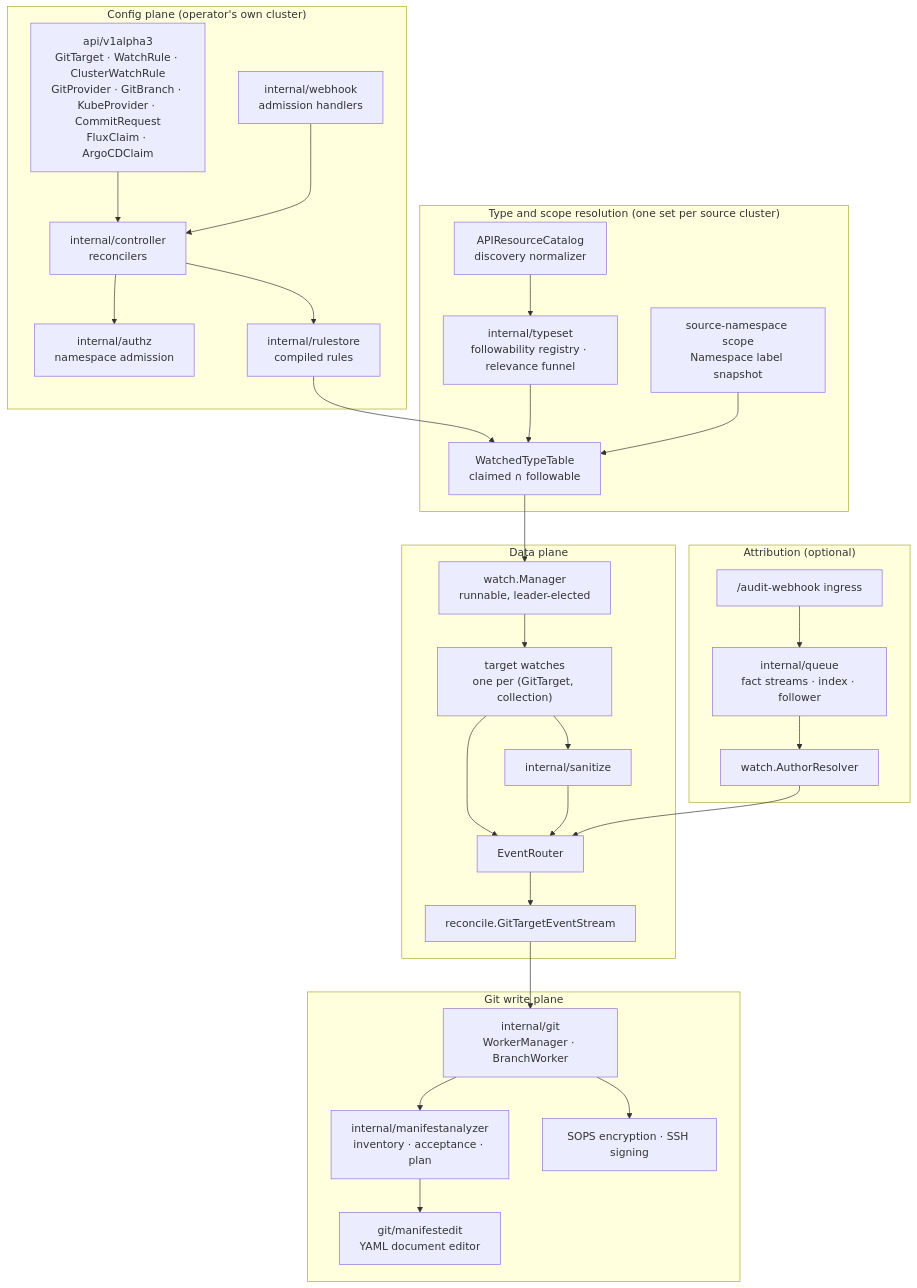
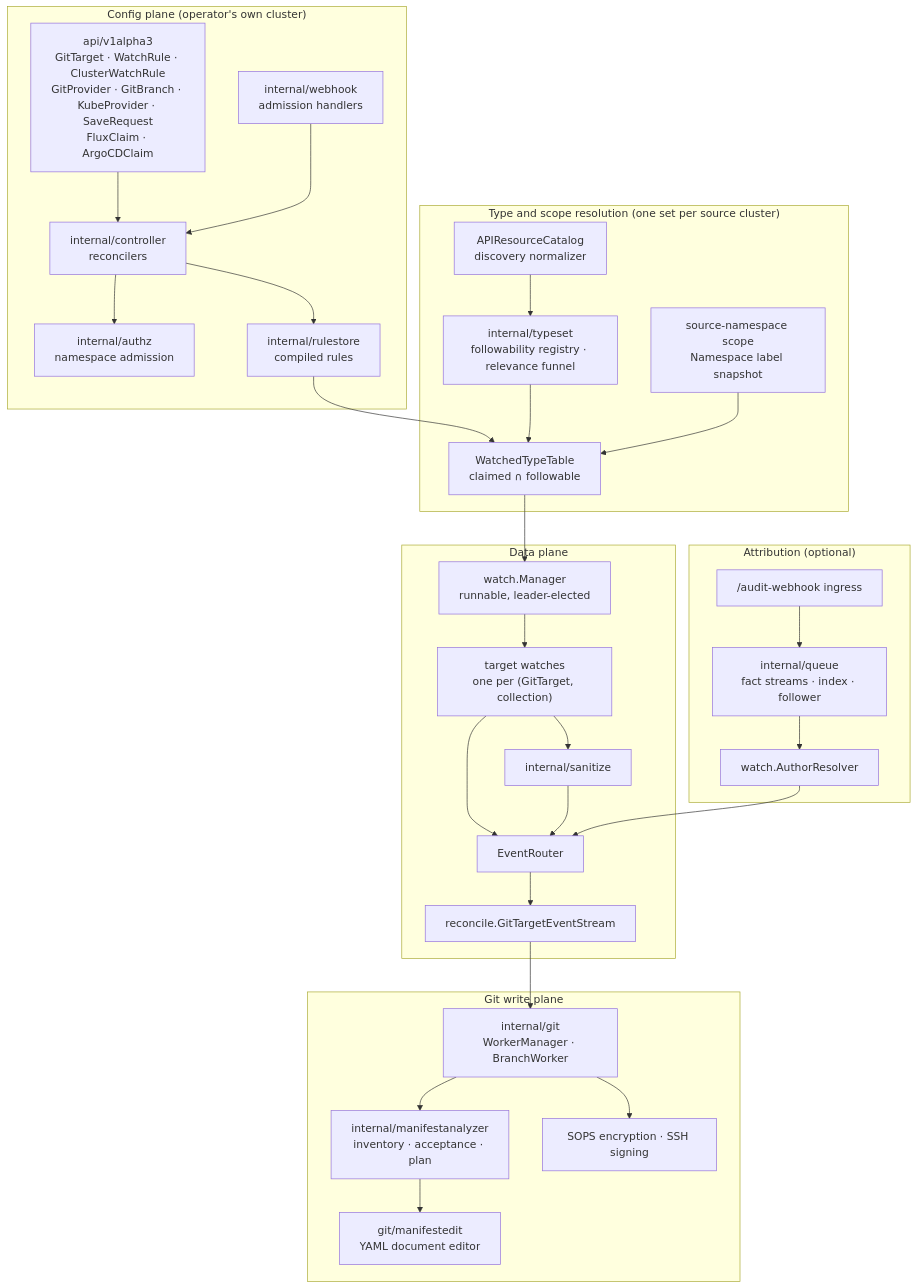
The first of 3 diagrams in docs/components.md (ConfigButler/gitops-reverser), drawn with Mermaid before and after one commit. The commit also changed other lines of this file and 156 other files, not shown here.

First line of the commit message:
feat(api)!: CommitRequest is SaveRequest; the source-cluster save is RemoteSaveRequest

````diff
--- a/docs/components.md
+++ b/docs/components.md
@@ -23,49 +23,49 @@
 ```mermaid
 flowchart TB
     subgraph CFG["Config plane (operator's own cluster)"]
-        CRD["api/v1alpha3<br/>GitTarget · WatchRule · ClusterWatchRule<br/>GitProvider · GitBranch · KubeProvider · CommitRequest<br/>FluxClaim · ArgoCDClaim"]
+        CRD["api/v1alpha3<br/>GitTarget · WatchRule · ClusterWatchRule<br/>GitProvider · GitBranch · KubeProvider · SaveRequest<br/>FluxClaim · ArgoCDClaim"]
         CTRL["internal/controller<br/>reconcilers"]
         ADM["internal/webhook<br/>admission handlers"]
         AUTHZ["internal/authz<br/>namespace admission"]
         RS["internal/rulestore<br/>compiled rules"]
     end
 
     subgraph RES["Type and scope resolution (one set per source cluster)"]
         CAT["APIResourceCatalog<br/>discovery normalizer"]
         REG["internal/typeset<br/>followability registry · relevance funnel"]
         TBL["WatchedTypeTable<br/>claimed ∩ followable"]
         NSS["source-namespace scope<br/>Namespace label snapshot"]
     end
 
     subgraph DP["Data plane"]
         WM["watch.Manager<br/>runnable, leader-elected"]
         TW["target watches<br/>one per (GitTarget, collection)"]
         ER["EventRouter"]
         GTES["reconcile.GitTargetEventStream"]
         SAN["internal/sanitize"]
     end
 
     subgraph GITW["Git write plane"]
         BW["internal/git<br/>WorkerManager · BranchWorker"]
         MA["internal/manifestanalyzer<br/>inventory · acceptance · plan"]
         ME["git/manifestedit<br/>YAML document editor"]
         ENC["SOPS encryption · SSH signing"]
     end
 
     subgraph ATT["Attribution (optional)"]
         AUD["/audit-webhook ingress"]
         FS["internal/queue<br/>fact streams · index · follower"]
         AR["watch.AuthorResolver"]
     end
 
     CRD --> CTRL --> RS --> TBL
     CTRL --> AUTHZ
     ADM --> CTRL
     CAT --> REG --> TBL
     NSS --> TBL
     TBL --> WM --> TW --> ER --> GTES --> BW
     TW --> SAN --> ER
     BW --> MA --> ME
     BW --> ENC
     AUD --> FS --> AR --> ER
 ```
````
